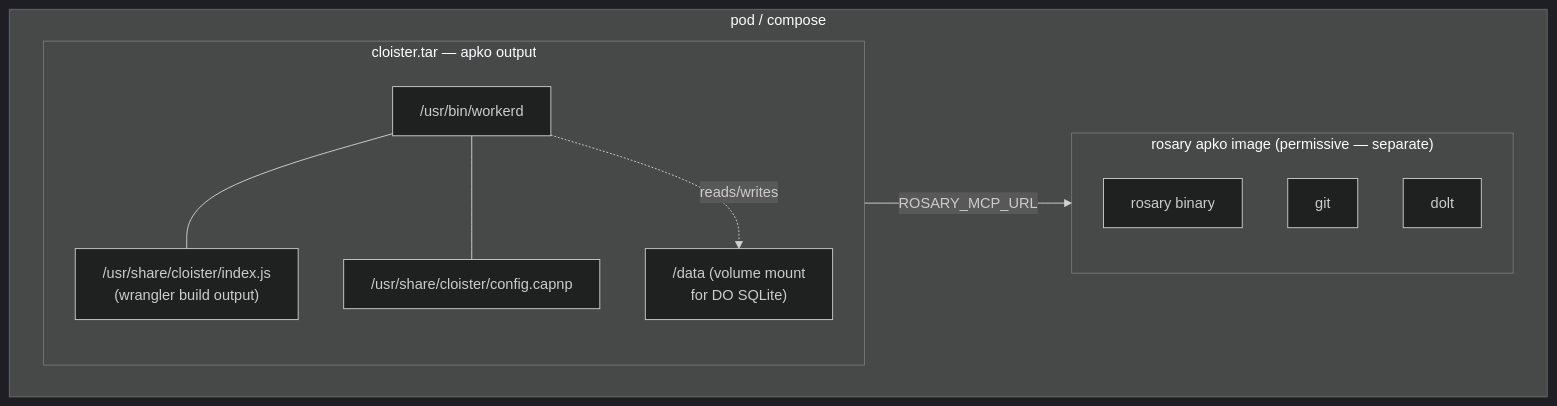
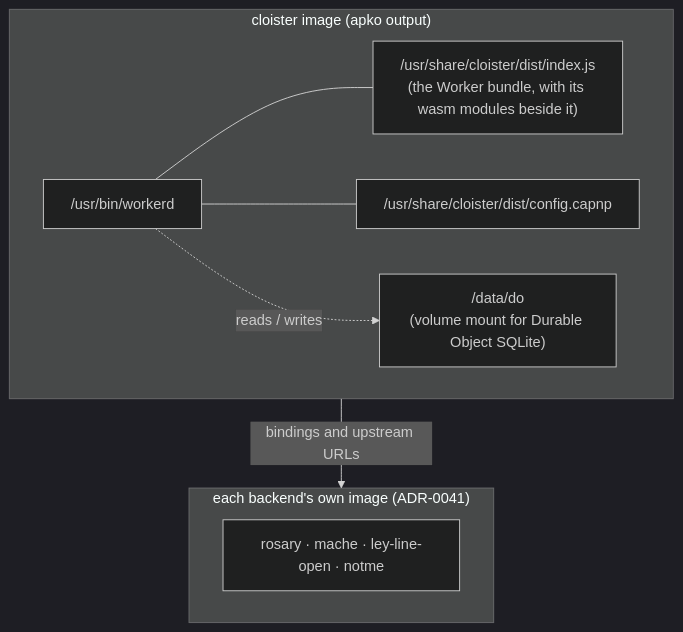
Diagram 14 of 16 in docs/ARCHITECTURE.md (agentic-research/cloister), drawn with Mermaid (dark theme) before and after one commit. The commit also changed other lines of this file and 20 other files, not shown here.

First line of the commit message:
[cloister-ca2582] Parse every diagram, run a plan-to-cluster scenario, name failing tests (#326)

````diff
--- a/docs/ARCHITECTURE.md
+++ b/docs/ARCHITECTURE.md
@@ -600,22 +602,18 @@
 ```mermaid
 graph TB
-    subgraph cloister_pkg ["cloister.tar — apko output"]
+    subgraph cloister_pkg ["cloister image (apko output)"]
         WD["/usr/bin/workerd"]
-        JS["/usr/share/cloister/index.js<br/>(wrangler build output)"]
-        CFG["/usr/share/cloister/config.capnp"]
-        DATA["/data (volume mount<br/>for DO SQLite)"]
+        JS["/usr/share/cloister/dist/index.js<br/>(the Worker bundle, with its wasm modules beside it)"]
+        CFG["/usr/share/cloister/dist/config.capnp"]
+        DATA["/data/do<br/>(volume mount for Durable Object SQLite)"]
         WD --- JS
         WD --- CFG
-        WD -.->|reads/writes| DATA
+        WD -.->|"reads / writes"| DATA
     end
 
-    subgraph rosary_pkg ["rosary apko image (permissive — separate)"]
-        RB["rosary binary"]
-        GIT["git"]
-        DOLT["dolt"]
+    subgraph others ["each backend's own image (ADR-0041)"]
+        RB["rosary · mache · ley-line-open · notme"]
     end
 
-    subgraph compose ["pod / compose"]
-        cloister_pkg -->|ROSARY_MCP_URL| rosary_pkg
-    end
+    cloister_pkg -->|"bindings and upstream URLs"| others
 ```
````
